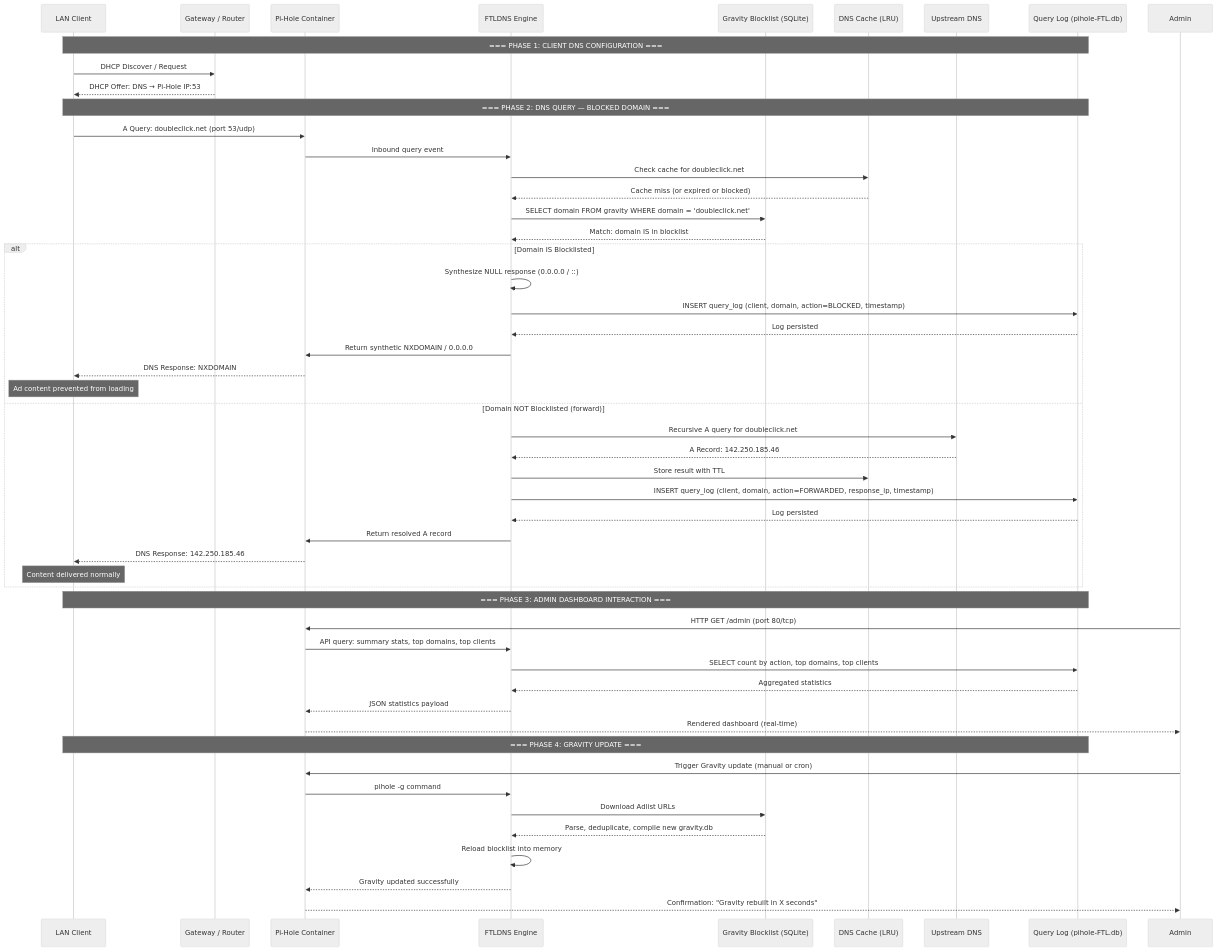
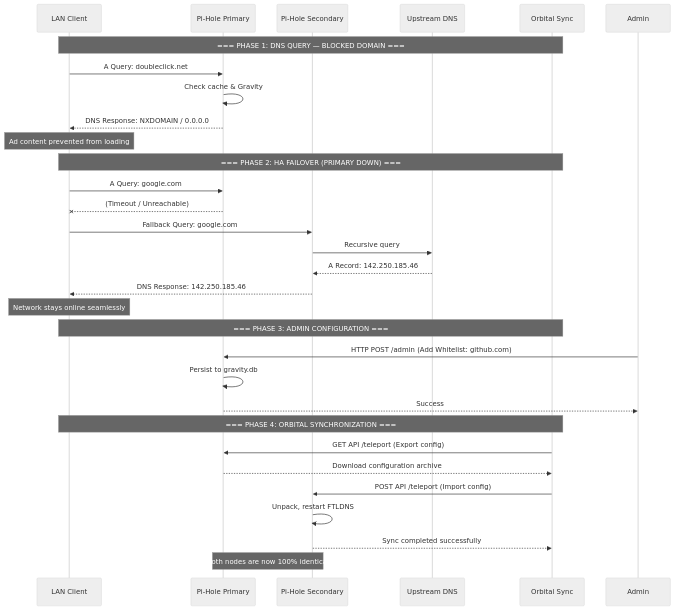
The second of 3 diagrams in Pi-Hole/README.md (Selio30/imagenesDocker), drawn with Mermaid (neutral theme) before and after one commit. The commit also changed other lines of this file, not shown here.

Commit message:
[DOCS] Add comprehensive architecture documentation for DNS HA stack

````diff
--- a/Pi-Hole/README.md
+++ b/Pi-Hole/README.md
@@ -88,64 +84,40 @@
 ```mermaid
 sequenceDiagram
     participant Client as LAN Client
-    participant Gateway as Gateway / Router
-    participant PiHole as Pi-Hole Container
-    participant FTL as FTLDNS Engine
-    participant Gravity as Gravity Blocklist (SQLite)
-    participant Cache as DNS Cache (LRU)
+    participant PiPrimary as Pi-Hole Primary
+    participant PiSecondary as Pi-Hole Secondary
     participant Upstream as Upstream DNS
-    participant DB as Query Log (pihole-FTL.db)
+    participant Sync as Orbital Sync
 
-    Note over Client,DB: === PHASE 1: CLIENT DNS CONFIGURATION ===
+    Note over Client,Sync: === PHASE 1: DNS QUERY — BLOCKED DOMAIN ===
 
-    Client->>Gateway: DHCP Discover / Request
-    Gateway-->>Client: DHCP Offer: DNS → Pi-Hole IP:53
+    Client->>PiPrimary: A Query: doubleclick.net
+    PiPrimary->>PiPrimary: Check cache & Gravity
+    PiPrimary-->>Client: DNS Response: NXDOMAIN / 0.0.0.0
+    Note over Client: Ad content prevented from loading
 
-    Note over Client,DB: === PHASE 2: DNS QUERY — BLOCKED DOMAIN ===
+    Note over Client,Sync: === PHASE 2: HA FAILOVER (PRIMARY DOWN) ===
 
-    Client->>PiHole: A Query: doubleclick.net (port 53/udp)
-    PiHole->>FTL: Inbound query event
-    FTL->>Cache: Check cache for doubleclick.net
-    Cache-->>FTL: Cache miss (or expired or blocked)
+    Client->>PiPrimary: A Query: google.com
+    PiPrimary--xClient: (Timeout / Unreachable)
+    Client->>PiSecondary: Fallback Query: google.com
+    PiSecondary->>Upstream: Recursive query
+    Upstream-->>PiSecondary: A Record: 142.250.185.46
+    PiSecondary-->>Client: DNS Response: 142.250.185.46
+    Note over Client: Network stays online seamlessly
 
-    FTL->>Gravity: SELECT domain FROM gravity WHERE domain = 'doubleclick.net'
-    Gravity-->>FTL: Match: domain IS in blocklist
+    Note over Client,Sync: === PHASE 3: ADMIN CONFIGURATION ===
 
-    alt Domain IS Blocklisted
-        FTL->>FTL: Synthesize NULL response (0.0.0.0 / ::)
-        FTL->>DB: INSERT query_log (client, domain, action=BLOCKED, timestamp)
-        DB-->>FTL: Log persisted
-        FTL->>PiHole: Return synthetic NXDOMAIN / 0.0.0.0
-        PiHole-->>Client: DNS Response: NXDOMAIN
-        Note over Client: Ad content prevented from loading
+    Admin->>PiPrimary: HTTP POST /admin (Add Whitelist: github.com)
+    PiPrimary->>PiPrimary: Persist to gravity.db
+    PiPrimary-->>Admin: Success
 
-    else Domain NOT Blocklisted (forward)
-        FTL->>Upstream: Recursive A query for doubleclick.net
-        Upstream-->>FTL: A Record: 142.250.185.46
-        FTL->>Cache: Store result with TTL
-        FTL->>DB: INSERT query_log (client, domain, action=FORWARDED, response_ip, timestamp)
-        DB-->>FTL: Log persisted
-        FTL->>PiHole: Return resolved A record
-        PiHole-->>Client: DNS Response: 142.250.185.46
-        Note over Client: Content delivered normally
-    end
+    Note over Client,Sync: === PHASE 4: ORBITAL SYNCHRONIZATION ===
 
-    Note over Client,DB: === PHASE 3: ADMIN DASHBOARD INTERACTION ===
-
-    Admin->>PiHole: HTTP GET /admin (port 80/tcp)
-    PiHole->>FTL: API query: summary stats, top domains, top clients
-    FTL->>DB: SELECT count by action, top domains, top clients
-    DB-->>FTL: Aggregated statistics
-    FTL-->>PiHole: JSON statistics payload
-    PiHole-->>Admin: Rendered dashboard (real-time)
-
-    Note over Client,DB: === PHASE 4: GRAVITY UPDATE ===
-
-    Admin->>PiHole: Trigger Gravity update (manual or cron)
-    PiHole->>FTL: pihole -g command
-    FTL->>Gravity: Download Adlist URLs
-    Gravity-->>FTL: Parse, deduplicate, compile new gravity.db
-    FTL->>FTL: Reload blocklist into memory
-    FTL-->>PiHole: Gravity updated successfully
-    PiHole-->>Admin: Confirmation: "Gravity rebuilt in X seconds"
+    Sync->>PiPrimary: GET API /teleport (Export config)
+    PiPrimary-->>Sync: Download configuration archive
+    Sync->>PiSecondary: POST API /teleport (Import config)
+    PiSecondary->>PiSecondary: Unpack, restart FTLDNS
+    PiSecondary-->>Sync: Sync completed successfully
+    Note over PiPrimary,PiSecondary: Both nodes are now 100% identical
 ```
````
